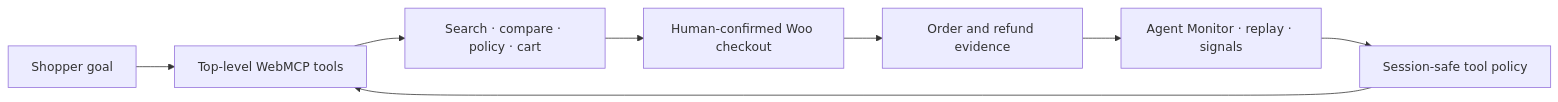
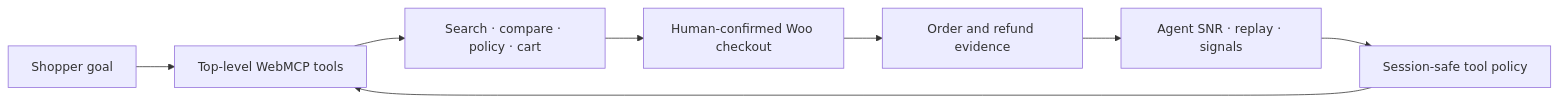
Before and after one commit to jiga/webmcp-agentSNR: the diagram in README.md, drawn with Mermaid. The commit also changed other lines of this file and 36 other files, not shown here.

Commit message:
feat(brand): finalize Agent SNR identity

````diff
--- a/README.md
+++ b/README.md
@@ -24,10 +24,10 @@
 ```mermaid
 flowchart LR
     A[Shopper goal] --> B[Top-level WebMCP tools]
     B --> C[Search · compare · policy · cart]
     C --> D[Human-confirmed Woo checkout]
     D --> E[Order and refund evidence]
-    E --> F[Agent Monitor · replay · signals]
+    E --> F[Agent SNR · replay · signals]
     F --> G[Session-safe tool policy]
     G --> B
 ```
````
